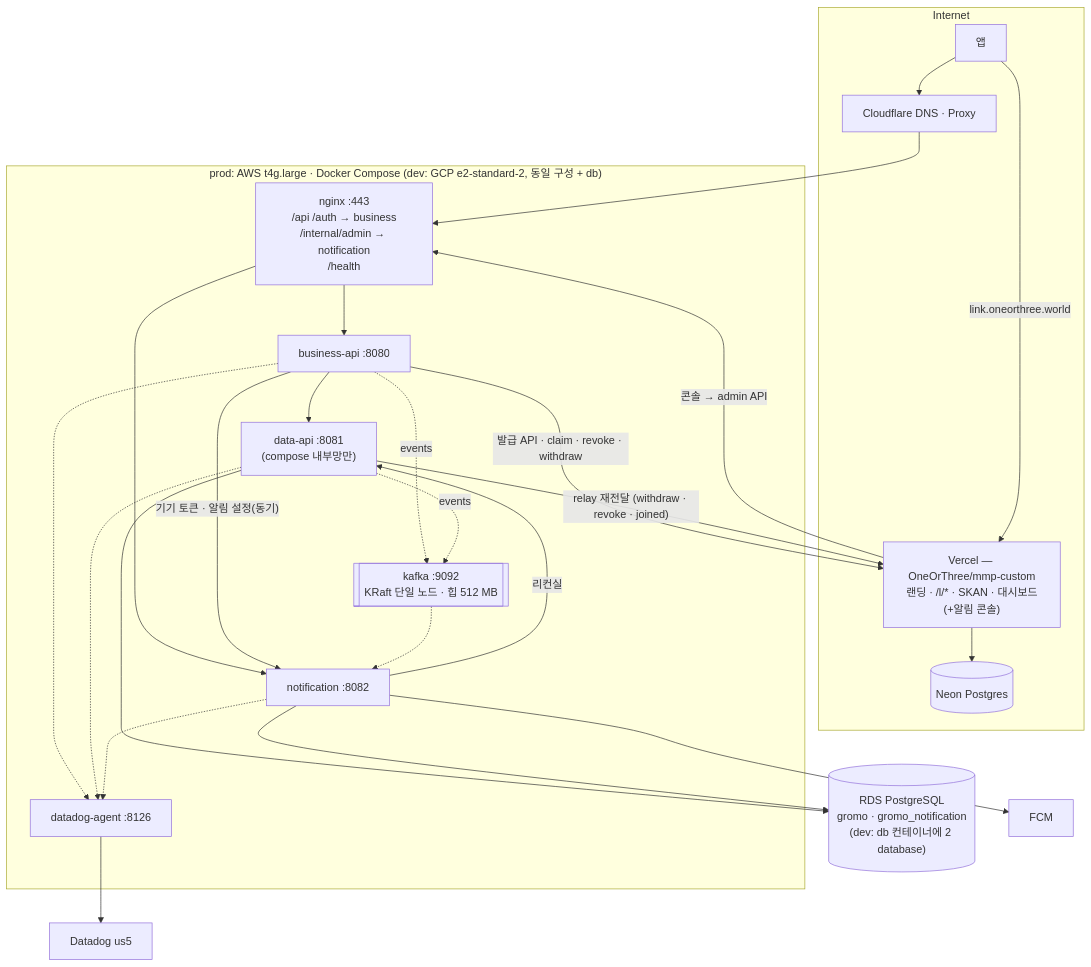
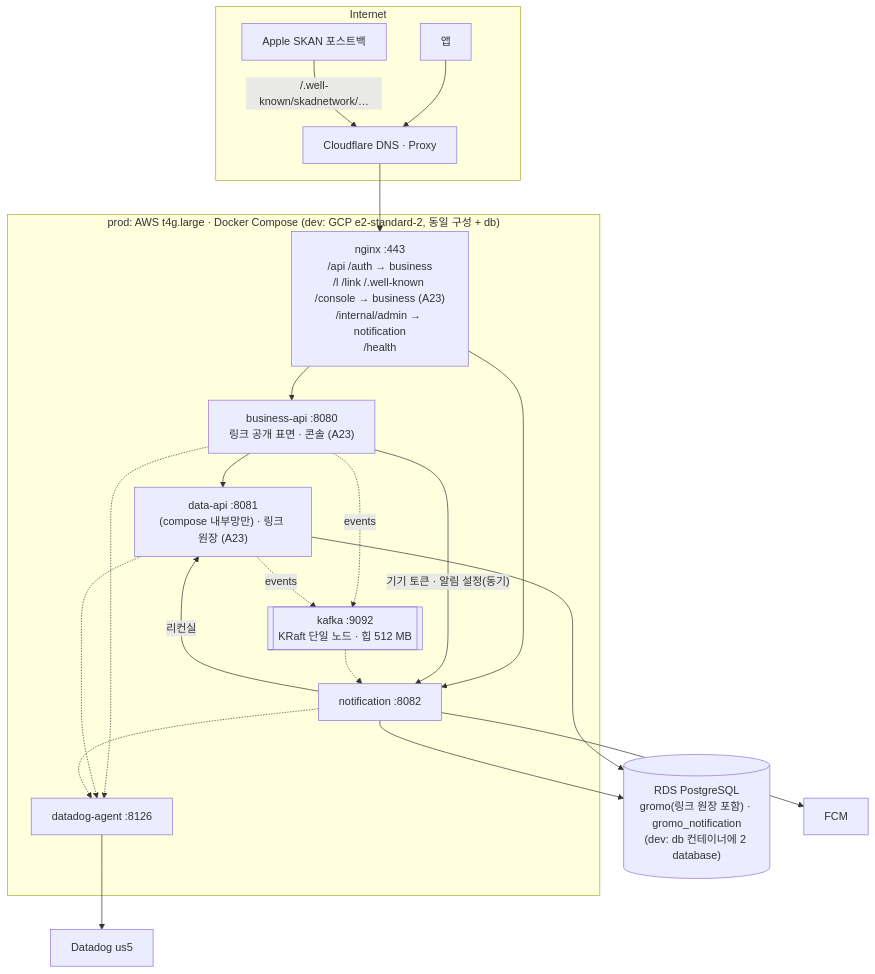
One commit to OneOrThree/phone changed the diagram in docs/architecture/system-architecture.md. Above: the diagram before and after it, drawn with Mermaid. The commit also changed other lines of this file and 14 other files, not shown here.

````diff
--- a/docs/architecture/system-architecture.md
+++ b/docs/architecture/system-architecture.md
@@ -18,38 +18,35 @@
 ```mermaid
 flowchart TB
   subgraph Internet
     APPc["앱"]
     CF["Cloudflare DNS · Proxy"]
-    VERCEL["Vercel — OneOrThree/mmp-custom<br/>랜딩 · /l/* · SKAN · 대시보드(+알림 콘솔)"]
-    NEON[("Neon Postgres")]
+    APPLE["Apple SKAN 포스트백"]
+    %% A23(2026-09-13): Vercel(OneOrThree/mmp-custom)·Neon 노드 제거 — 링크는 business-api·data-api 안
   end
   subgraph VM["prod: AWS t4g.large · Docker Compose (dev: GCP e2-standard-2, 동일 구성 + db)"]
-    NX["nginx :443<br/>/api /auth → business<br/>/internal/admin → notification<br/>/health"]
-    BIZ["business-api :8080"]
-    DATA["data-api :8081<br/>(compose 내부망만)"]
+    NX["nginx :443<br/>/api /auth → business<br/>/l /link /.well-known /console → business (A23)<br/>/internal/admin → notification<br/>/health"]
+    BIZ["business-api :8080<br/>링크 공개 표면 · 콘솔 (A23)"]
+    DATA["data-api :8081<br/>(compose 내부망만) · 링크 원장 (A23)"]
     NS["notification :8082"]
     KF[["kafka :9092<br/>KRaft 단일 노드 · 힙 512 MB"]]
     DDA["datadog-agent :8126"]
   end
-  RDS[("RDS PostgreSQL<br/>gromo · gromo_notification<br/>(dev: db 컨테이너에 2 database)")]
+  RDS[("RDS PostgreSQL<br/>gromo(링크 원장 포함) · gromo_notification<br/>(dev: db 컨테이너에 2 database)")]
   FCM["FCM"]
   DD["Datadog us5"]
 
   APPc --> CF --> NX
-  APPc -->|"link.oneorthree.world"| VERCEL --> NEON
+  APPLE -->|"/.well-known/skadnetwork/…"| CF
   NX --> BIZ
   NX --> NS
   BIZ --> DATA
   BIZ -->|"기기 토큰 · 알림 설정(동기)"| NS
   BIZ -.->|"events"| KF
   DATA -.->|"events"| KF
   KF -.-> NS
   NS -->|"리컨실"| DATA
-  BIZ -->|"발급 API · claim · revoke · withdraw"| VERCEL
-  DATA -->|"relay 재전달 (withdraw · revoke · joined)"| VERCEL
-  VERCEL -->|"콘솔 → admin API"| NX
   DATA --> RDS
   NS --> RDS
   NS --> FCM
   BIZ & DATA & NS -.-> DDA --> DD
 ```
````
